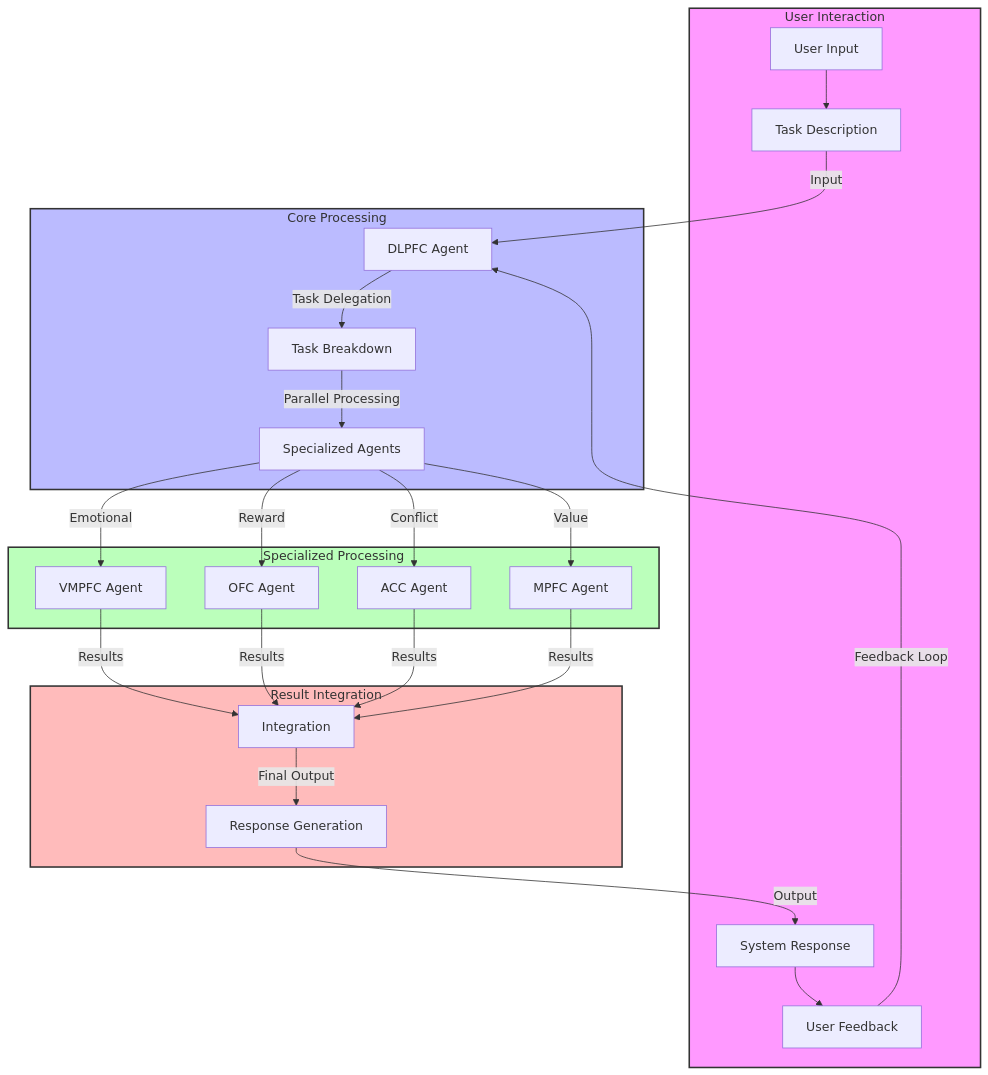
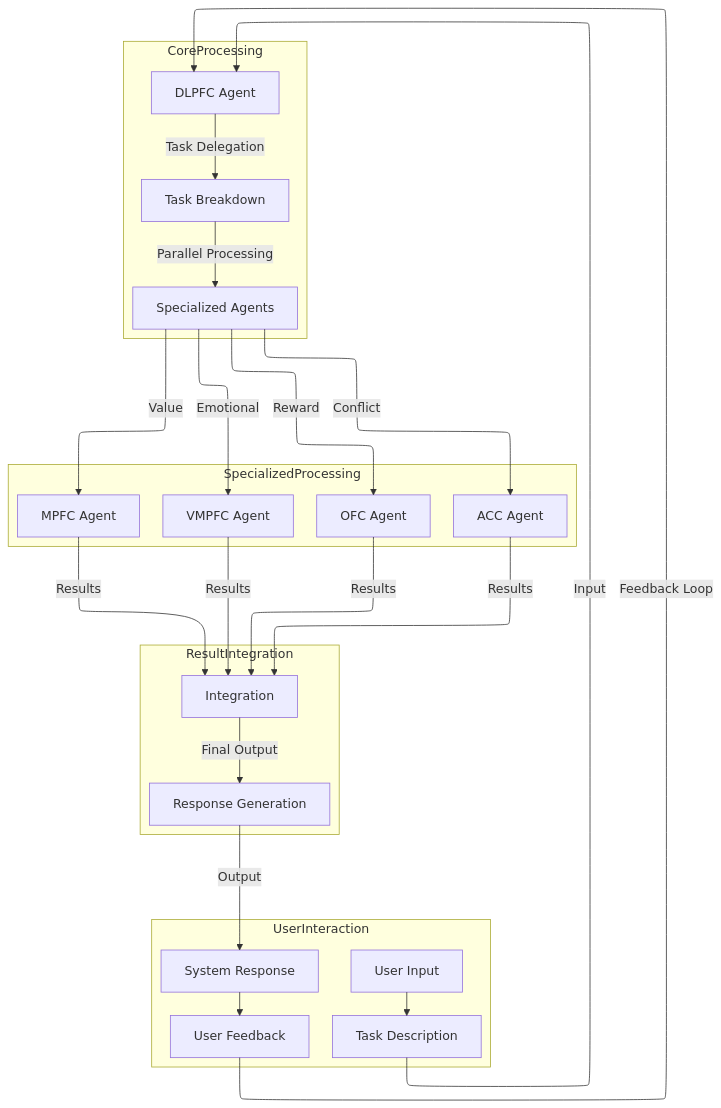
The second of 3 diagrams in README.md (iLevyTate/scanue-v22), drawn with Mermaid before and after one commit. The commit also changed other lines of this file, not shown here.

````diff
--- a/README.md
+++ b/README.md
@@ -116,33 +121,29 @@
 ```mermaid
-flowchart TD
-    subgraph User[User Interaction]
+%%{init: {'flowchart': {'defaultRenderer': 'elk'}, 'themeVariables': { 'primaryColor': '#e0ffe0', 'primaryBorderColor': '#32cd32', 'primaryTextColor': '#006400' }}}%%
+flowchart TB
+    subgraph UserInteraction
         A[User Input] --> B[Task Description]
         Y[System Response] --> Z[User Feedback]
     end
 
-    subgraph Core[Core Processing]
+    subgraph CoreProcessing
         C[DLPFC Agent] -->|Task Delegation| D[Task Breakdown]
         D -->|Parallel Processing| E[Specialized Agents]
     end
 
-    subgraph Agents[Specialized Processing]
+    subgraph SpecializedProcessing
         E -->|Emotional| F[VMPFC Agent]
         E -->|Reward| G[OFC Agent]
         E -->|Conflict| H[ACC Agent]
         E -->|Value| I[MPFC Agent]
     end
 
-    subgraph Integration[Result Integration]
+    subgraph ResultIntegration
         F & G & H & I -->|Results| J[Integration]
         J -->|Final Output| K[Response Generation]
     end
 
     B -->|Input| C
     K -->|Output| Y
     Z -->|Feedback Loop| C
-
-    style User fill:#f9f,stroke:#333,stroke-width:2px
-    style Core fill:#bbf,stroke:#333,stroke-width:2px
-    style Agents fill:#bfb,stroke:#333,stroke-width:2px
-    style Integration fill:#fbb,stroke:#333,stroke-width:2px
 ```
````
